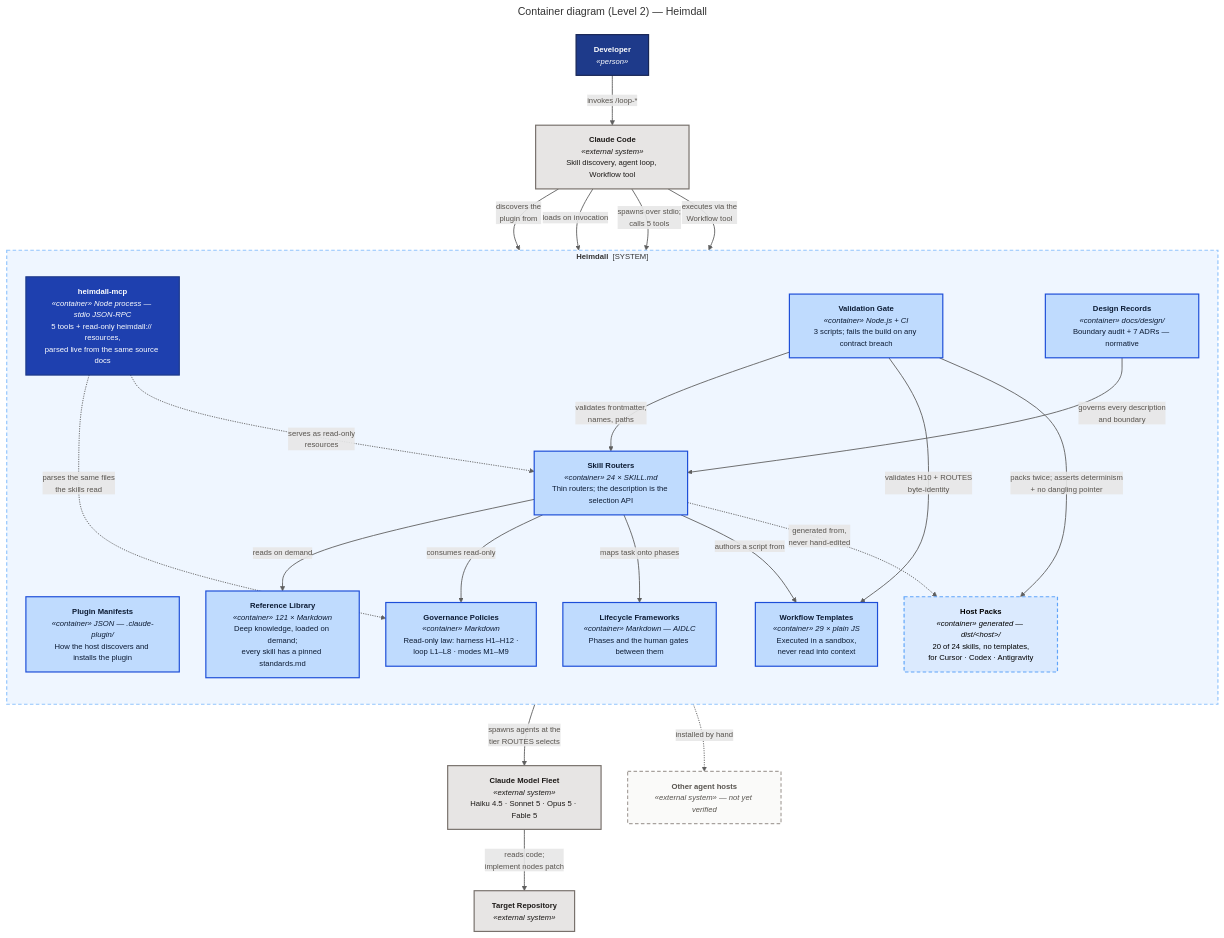
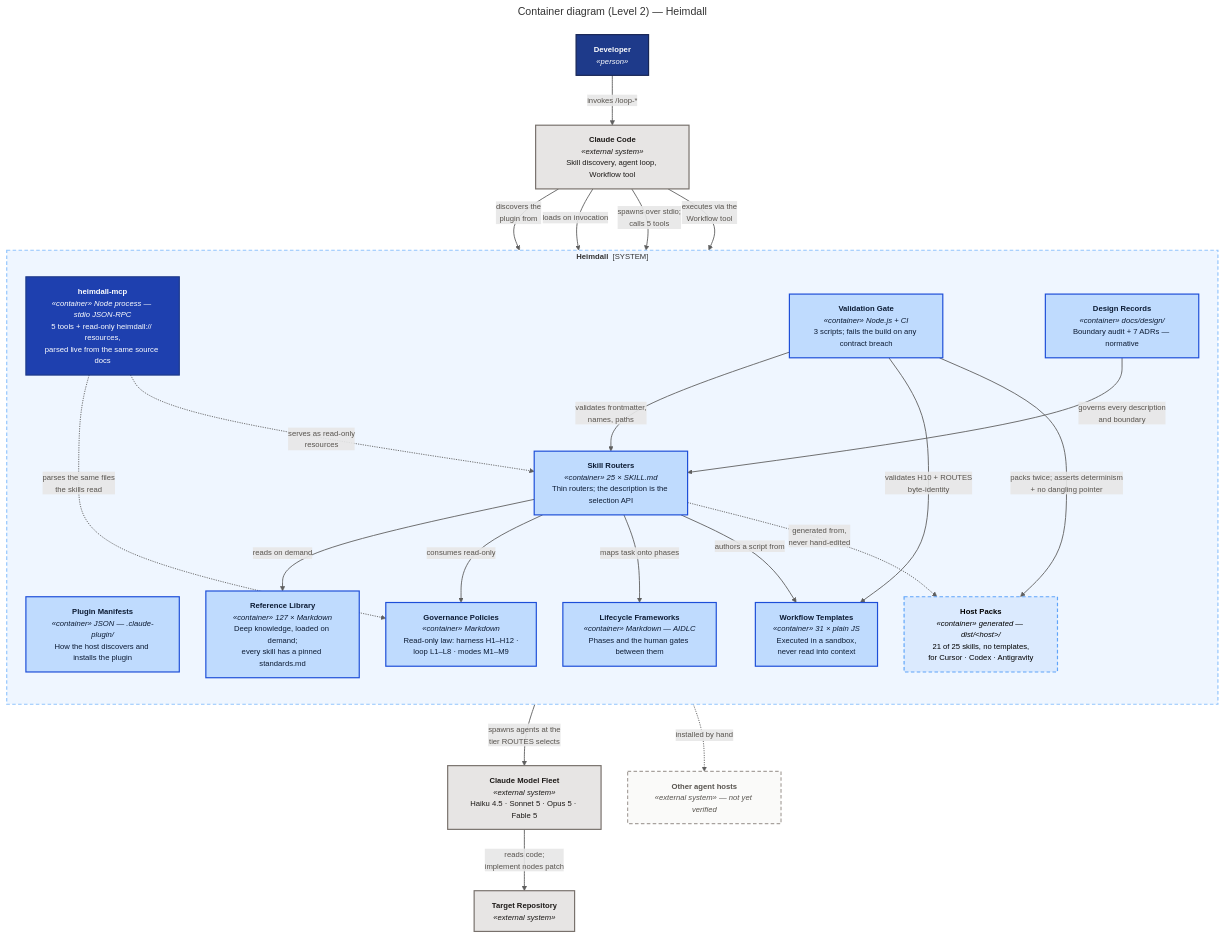
Before and after one commit to santapong/Proof: the diagram in docs/c4/diagrams/src/container.mmd, drawn with Mermaid. The commit also changed 23 other files, not shown here.

First line of the commit message:
Docs + diagrams: de-stale the whole surface to the 25-skill fleet

```diff
--- a/docs/c4/diagrams/src/container.mmd
+++ b/docs/c4/diagrams/src/container.mmd
@@ -1,60 +1,60 @@
 ---
 title: "Container diagram (Level 2) — Heimdall"
 ---
 %%{init: {"flowchart": {"curve": "basis", "nodeSpacing": 45, "rankSpacing": 65}, "themeVariables": {"fontFamily": "Segoe UI, Helvetica, Arial, sans-serif", "fontSize": "13px"}}}%%
 flowchart TB
     dev["<b>Developer</b><br/><i>«person»</i>"]
     cc["<b>Claude Code</b><br/><i>«external system»</i><br/>Skill discovery, agent loop, Workflow tool"]
 
     subgraph hd["<b>Heimdall</b> &nbsp;[SYSTEM]"]
         direction TB
         manifest["<b>Plugin Manifests</b><br/><i>«container» JSON — .claude-plugin/</i><br/>How the host discovers and installs the plugin"]
-        routers["<b>Skill Routers</b><br/><i>«container» 24 × SKILL.md</i><br/>Thin routers; the description is the selection API"]
-        refs["<b>Reference Library</b><br/><i>«container» 121 × Markdown</i><br/>Deep knowledge, loaded on demand;<br/>every skill has a pinned standards.md"]
-        templates["<b>Workflow Templates</b><br/><i>«container» 29 × plain JS</i><br/>Executed in a sandbox,<br/>never read into context"]
+        routers["<b>Skill Routers</b><br/><i>«container» 25 × SKILL.md</i><br/>Thin routers; the description is the selection API"]
+        refs["<b>Reference Library</b><br/><i>«container» 127 × Markdown</i><br/>Deep knowledge, loaded on demand;<br/>every skill has a pinned standards.md"]
+        templates["<b>Workflow Templates</b><br/><i>«container» 31 × plain JS</i><br/>Executed in a sandbox,<br/>never read into context"]
         policy["<b>Governance Policies</b><br/><i>«container» Markdown</i><br/>Read-only law: harness H1–H12 ·<br/>loop L1–L8 · modes M1–M9"]
         frameworks["<b>Lifecycle Frameworks</b><br/><i>«container» Markdown — AIDLC</i><br/>Phases and the human gates between them"]
         design["<b>Design Records</b><br/><i>«container» docs/design/</i><br/>Boundary audit + 7 ADRs — normative"]
         mcp["<b>heimdall-mcp</b><br/><i>«container» Node process — stdio JSON-RPC</i><br/>5 tools + read-only heimdall:// resources,<br/>parsed live from the same source docs"]
         gate["<b>Validation Gate</b><br/><i>«container» Node.js + CI</i><br/>3 scripts; fails the build on any contract breach"]
-        packs["<b>Host Packs</b><br/><i>«container» generated — dist/&lt;host&gt;/</i><br/>20 of 24 skills, no templates,<br/>for Cursor · Codex · Antigravity"]
+        packs["<b>Host Packs</b><br/><i>«container» generated — dist/&lt;host&gt;/</i><br/>21 of 25 skills, no templates,<br/>for Cursor · Codex · Antigravity"]
     end
 
     fleet["<b>Claude Model Fleet</b><br/><i>«external system»</i><br/>Haiku 4.5 · Sonnet 5 · Opus 5 · Fable 5"]
     repo["<b>Target Repository</b><br/><i>«external system»</i>"]
     hosts["<b>Other agent hosts</b><br/><i>«external system» — not yet verified</i>"]
 
     dev -- "invokes /loop-*" --> cc
     cc -- "discovers the<br/>plugin from" --> manifest
     cc -- "loads on invocation" --> routers
     cc -- "spawns over stdio;<br/>calls 5 tools" --> mcp
     routers -- "reads on demand" --> refs
     routers -- "consumes read-only" --> policy
     routers -- "maps task onto phases" --> frameworks
     routers -- "authors a script from" --> templates
     cc -- "executes via the<br/>Workflow tool" --> templates
     templates -- "spawns agents at the<br/>tier ROUTES selects" --> fleet
     fleet -- "reads code;<br/>implement nodes patch" --> repo
     mcp -. "parses the same files<br/>the skills read" .-> policy
     mcp -. "serves as read-only<br/>resources" .-> routers
     gate -- "validates frontmatter,<br/>names, paths" --> routers
     gate -- "validates H10 + ROUTES<br/>byte-identity" --> templates
     gate -- "packs twice; asserts determinism<br/>+ no dangling pointer" --> packs
     design -- "governs every description<br/>and boundary" --> routers
     routers -. "generated from,<br/>never hand-edited" .-> packs
     packs -. "installed by hand" .-> hosts
 
     classDef person fill:#1E3A8A,stroke:#172554,stroke-width:2px,color:#fff
     classDef container fill:#BFDBFE,stroke:#1D4ED8,stroke-width:2px,color:#0C1B33
     classDef process fill:#1E40AF,stroke:#1E3A8A,stroke-width:2px,color:#fff
     classDef generated fill:#DBEAFE,stroke:#60A5FA,stroke-width:2px,stroke-dasharray:6 4,color:#000
     classDef ext fill:#E7E5E4,stroke:#78716C,stroke-width:2px,color:#1C1917
     classDef planned fill:#FAFAF9,stroke:#A8A29E,stroke-width:2px,stroke-dasharray:6 4,color:#57534E
     class dev person
     class manifest,routers,refs,templates,policy,frameworks,design,gate container
     class mcp process
     class packs generated
     class cc,fleet,repo ext
     class hosts planned
     style hd fill:#EFF6FF,stroke:#93C5FD,stroke-width:2px,stroke-dasharray:6 4
     linkStyle default stroke:#5F5F5F,stroke-width:1.5px,color:#57534E
```
